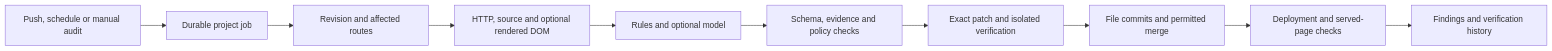
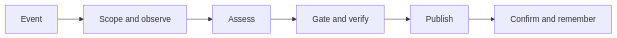
Before and after one commit to VistritPandey/SEO-Optimizer: the first of 2 diagrams in README.md, drawn with Mermaid.

````diff
--- a/README.md
+++ b/README.md
@@ -130,12 +130,8 @@
 ```mermaid
 flowchart LR
-    Event[Push, schedule or manual audit] --> Queue[Durable project job]
-    Queue --> Scope[Revision and affected routes]
-    Scope --> Evidence[HTTP, source and optional rendered DOM]
-    Evidence --> Assess[Rules and optional model]
-    Assess --> Gate[Schema, evidence and policy checks]
-    Gate --> Verify[Exact patch and isolated verification]
-    Verify --> Publish[File commits and permitted merge]
-    Publish --> Confirm[Deployment and served-page checks]
-    Confirm --> Memory[Findings and verification history]
+    Event[Event] --> Evidence[Scope and observe]
+    Evidence --> Assess[Assess]
+    Assess --> Verify[Gate and verify]
+    Verify --> Publish[Publish]
+    Publish --> Confirm[Confirm and remember]
 ```
````
